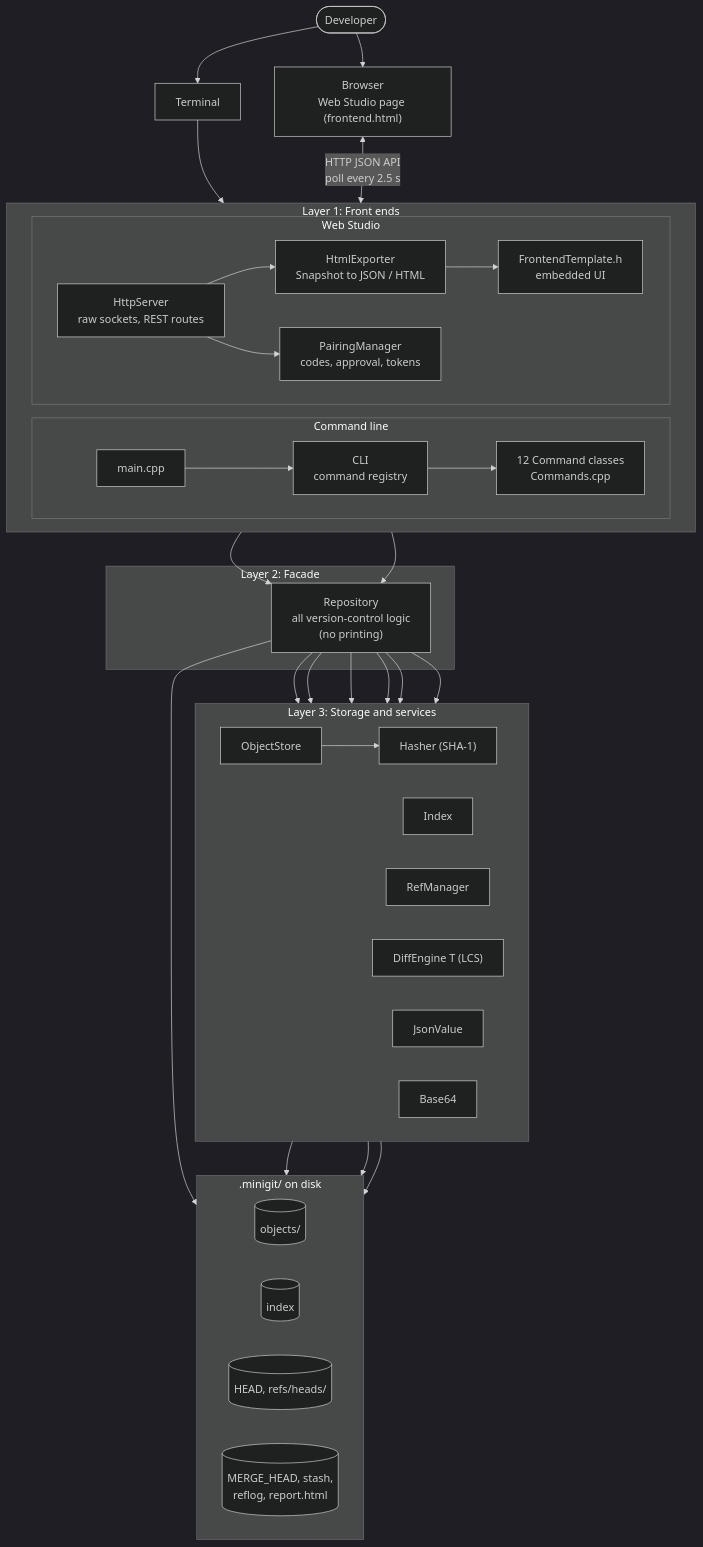
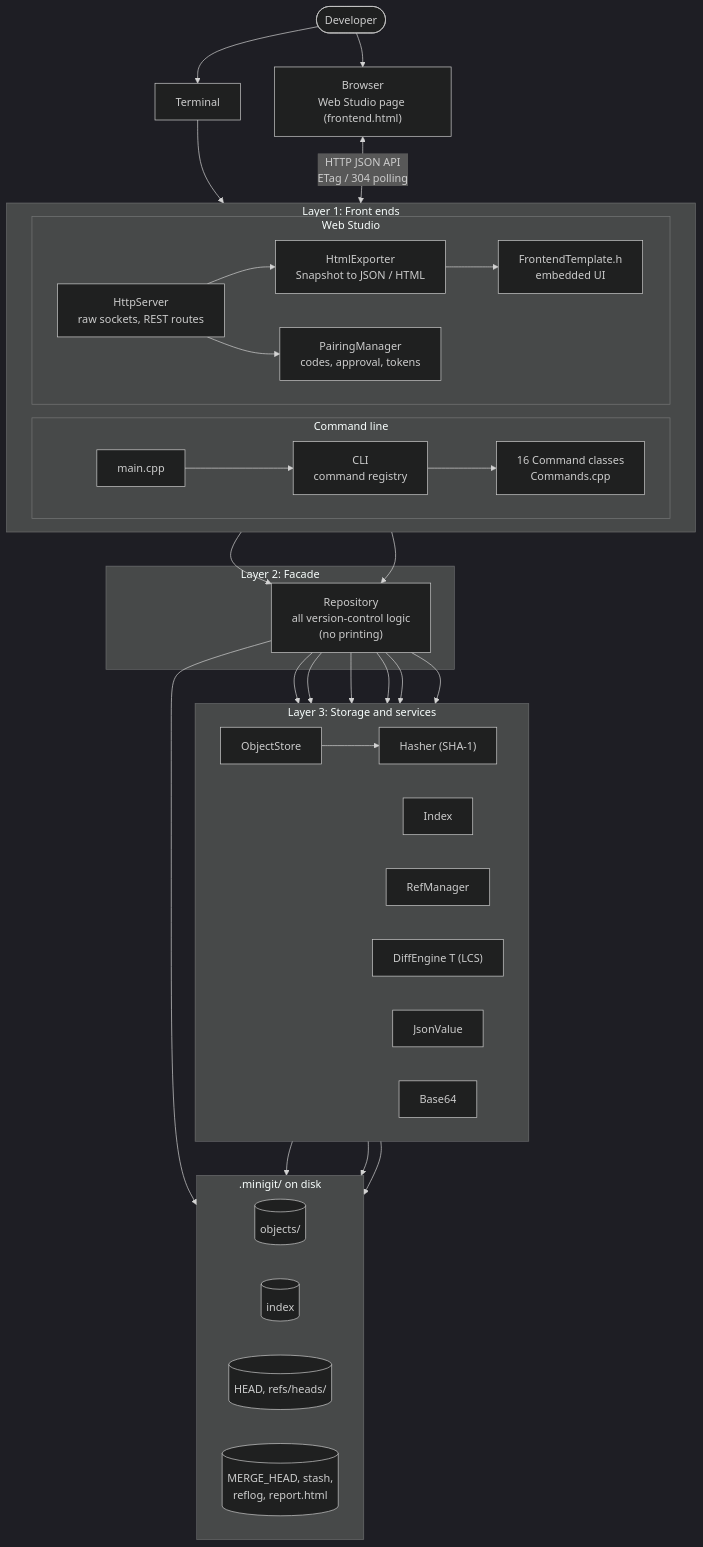
Before and after one commit to tavishchaudhary007/Mini-Git: the diagram in docs/diagrams/architecture.md, drawn with Mermaid (dark theme). The commit also changed 7 other files, not shown here.

Commit message:
docs: update README, architecture and diagrams for lane graph, security hardening, tests and license

````diff
--- a/docs/diagrams/architecture.md
+++ b/docs/diagrams/architecture.md
@@ -5,58 +5,58 @@
 ```mermaid
 flowchart TB
     User(["Developer"])
     Browser["Browser<br/>Web Studio page (frontend.html)"]
     Terminal["Terminal"]
 
     subgraph FE["Layer 1: Front ends"]
         direction LR
         subgraph CLIF["Command line"]
-            Main["main.cpp"] --> CLI["CLI<br/>command registry"] --> Cmds["12 Command classes<br/>Commands.cpp"]
+            Main["main.cpp"] --> CLI["CLI<br/>command registry"] --> Cmds["16 Command classes<br/>Commands.cpp"]
         end
         subgraph WEB["Web Studio"]
             Server["HttpServer<br/>raw sockets, REST routes"]
             Exporter["HtmlExporter<br/>Snapshot to JSON / HTML"]
             Tmpl["FrontendTemplate.h<br/>embedded UI"]
             Pair["PairingManager<br/>codes, approval, tokens"]
         end
     end
 
     subgraph CORE["Layer 2: Facade"]
         Repo["Repository<br/>all version-control logic<br/>(no printing)"]
     end
 
     subgraph SVC["Layer 3: Storage and services"]
         direction LR
         Store["ObjectStore"]
         Idx["Index"]
         Refs["RefManager"]
         Hasher["Hasher (SHA-1)"]
         Diff["DiffEngine T (LCS)"]
         Json["JsonValue"]
         B64["Base64"]
     end
 
     subgraph DISK[".minigit/ on disk"]
         direction LR
         O[("objects/")]
         I[("index")]
         H[("HEAD, refs/heads/")]
         X[("MERGE_HEAD, stash,<br/>reflog, report.html")]
     end
 
     User --> Terminal --> Main
     User --> Browser
-    Browser <-->|"HTTP JSON API<br/>poll every 2.5 s"| Server
+    Browser <-->|"HTTP JSON API<br/>ETag / 304 polling"| Server
     Server --> Exporter --> Tmpl
     Server --> Pair
     Cmds --> Repo
     Server --> Repo
     Repo --> Store --> O
     Repo --> Idx --> I
     Repo --> Refs --> H
     Repo --> X
     Store --> Hasher
     Repo --> Diff
     Repo --> Json
     Repo --> B64
 ```
````
